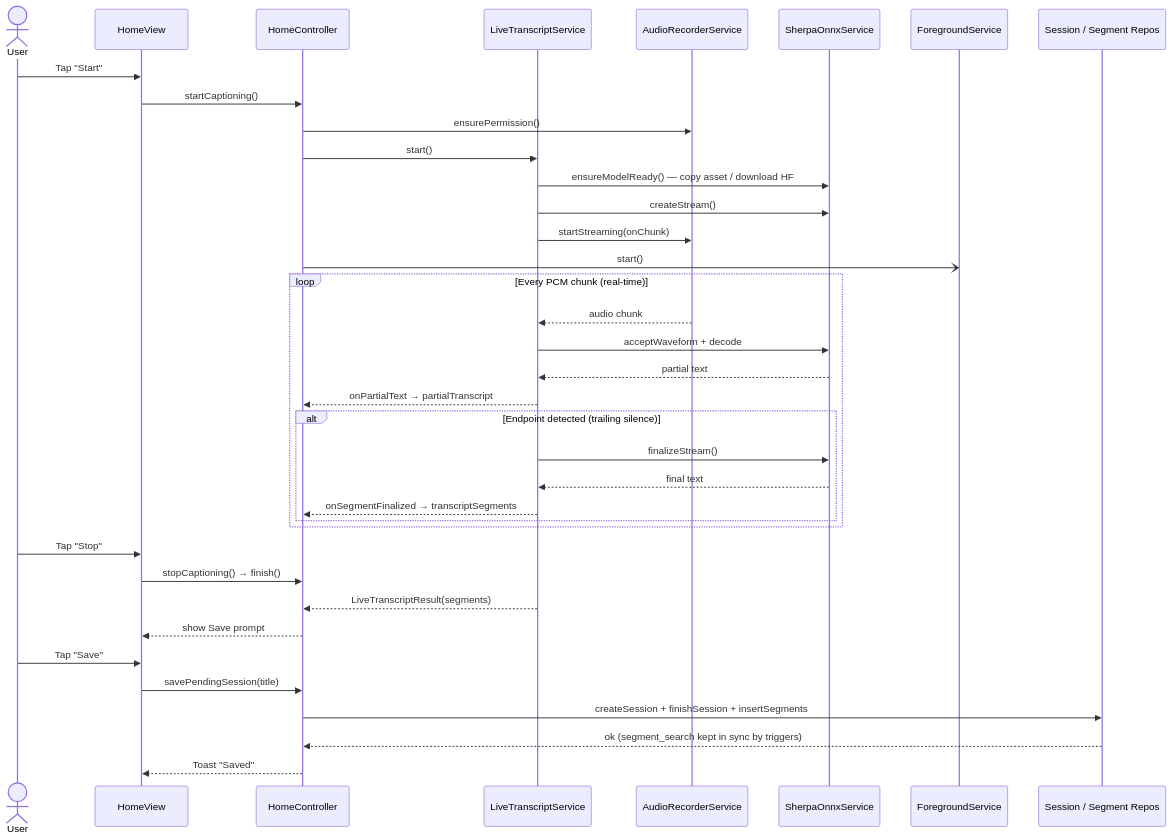
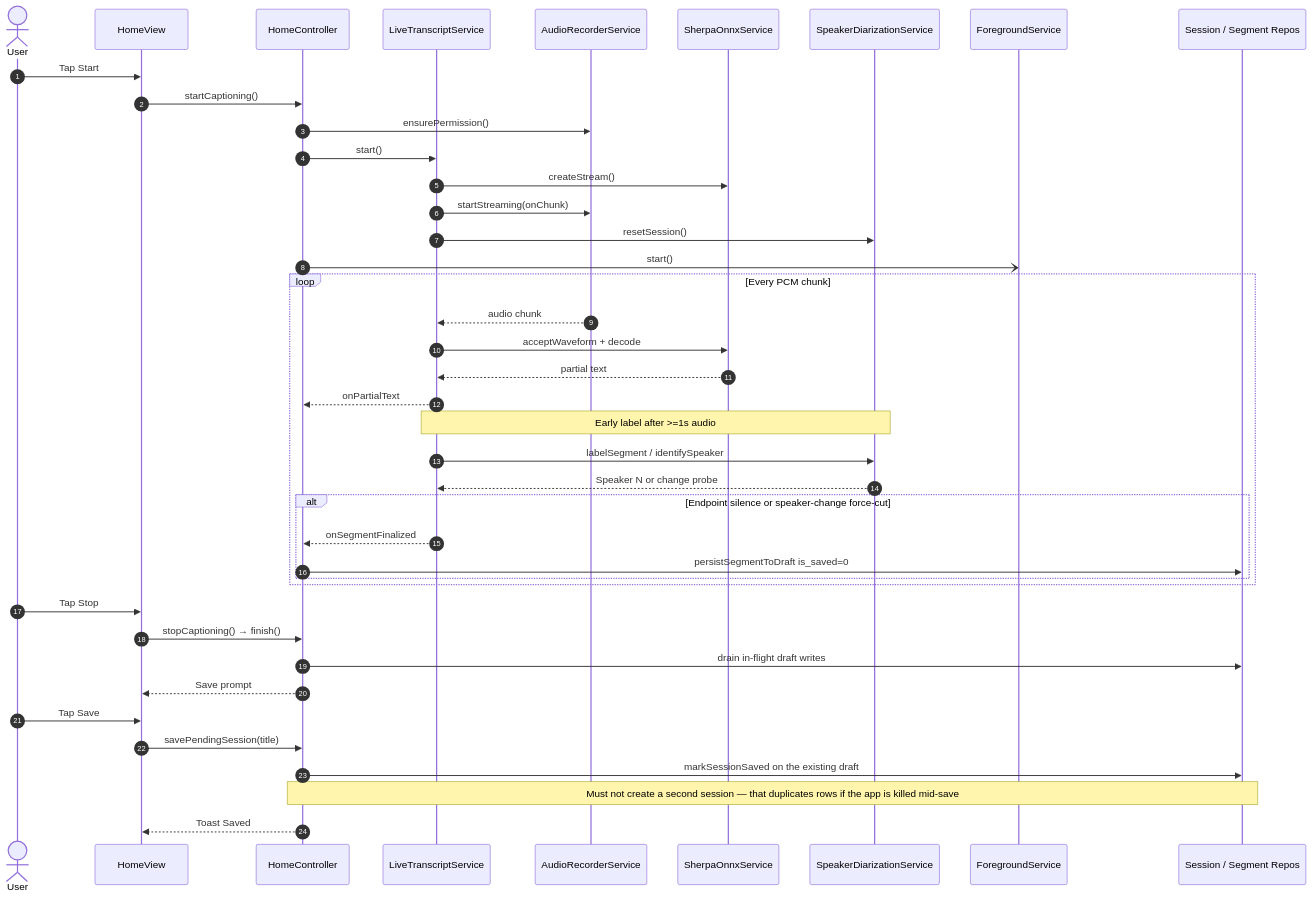
One commit to nustechnology/Transcribe-Summarize-ClearHear changed the fourth of 10 diagrams in README.md. Above: the diagram before and after it, drawn with Mermaid. The commit also changed other lines of this file and 2 other files, not shown here.

````diff
--- a/README.md
+++ b/README.md
@@ -122,42 +260,46 @@
 ```mermaid
 sequenceDiagram
-    actor U as User
-    participant V as HomeView
-    participant HC as HomeController
-    participant LT as LiveTranscriptService
-    participant MIC as AudioRecorderService
-    participant ASR as SherpaOnnxService
-    participant FG as ForegroundService
-    participant DB as Session / Segment Repos
+  autonumber
+  actor User
+  participant V as HomeView
+  participant HC as HomeController
+  participant LT as LiveTranscriptService
+  participant MIC as AudioRecorderService
+  participant ASR as SherpaOnnxService
+  participant Spk as SpeakerDiarizationService
+  participant FG as ForegroundService
+  participant DB as Session / Segment Repos
 
-    U->>V: Tap "Start"
-    V->>HC: startCaptioning()
-    HC->>MIC: ensurePermission()
-    HC->>LT: start()
-    LT->>ASR: ensureModelReady() — copy asset / download HF
-    LT->>ASR: createStream()
-    LT->>MIC: startStreaming(onChunk)
-    HC-)FG: start()
+  User->>V: Tap Start
+  V->>HC: startCaptioning()
+  HC->>MIC: ensurePermission()
+  HC->>LT: start()
+  LT->>ASR: createStream()
+  LT->>MIC: startStreaming(onChunk)
+  LT->>Spk: resetSession()
+  HC-)FG: start()
 
-    loop Every PCM chunk (real-time)
-        MIC-->>LT: audio chunk
-        LT->>ASR: acceptWaveform + decode
-        ASR-->>LT: partial text
-        LT-->>HC: onPartialText → partialTranscript
-        alt Endpoint detected (trailing silence)
-            LT->>ASR: finalizeStream()
-            ASR-->>LT: final text
-            LT-->>HC: onSegmentFinalized → transcriptSegments
-        end
+  loop Every PCM chunk
+    MIC-->>LT: audio chunk
+    LT->>ASR: acceptWaveform + decode
+    ASR-->>LT: partial text
+    LT-->>HC: onPartialText
+    Note over LT,Spk: Early label after >=1s audio
+    LT->>Spk: labelSegment / identifySpeaker
+    Spk-->>LT: Speaker N or change probe
+    alt Endpoint silence or speaker-change force-cut
+      LT-->>HC: onSegmentFinalized
+      HC->>DB: persistSegmentToDraft is_saved=0
     end
+  end
 
-    U->>V: Tap "Stop"
-    V->>HC: stopCaptioning() → finish()
-    LT-->>HC: LiveTranscriptResult(segments)
-    HC-->>V: show Save prompt
-    U->>V: Tap "Save"
-    V->>HC: savePendingSession(title)
-    HC->>DB: createSession + finishSession + insertSegments
-    DB-->>HC: ok (segment_search kept in sync by triggers)
-    HC-->>V: Toast "Saved"
+  User->>V: Tap Stop
+  V->>HC: stopCaptioning() → finish()
+  HC->>DB: drain in-flight draft writes
+  HC-->>V: Save prompt
+  User->>V: Tap Save
+  V->>HC: savePendingSession(title)
+  HC->>DB: markSessionSaved on the existing draft
+  Note over HC,DB: Must not create a second session — that duplicates rows if the app is killed mid-save
+  HC-->>V: Toast Saved
 ```
````
